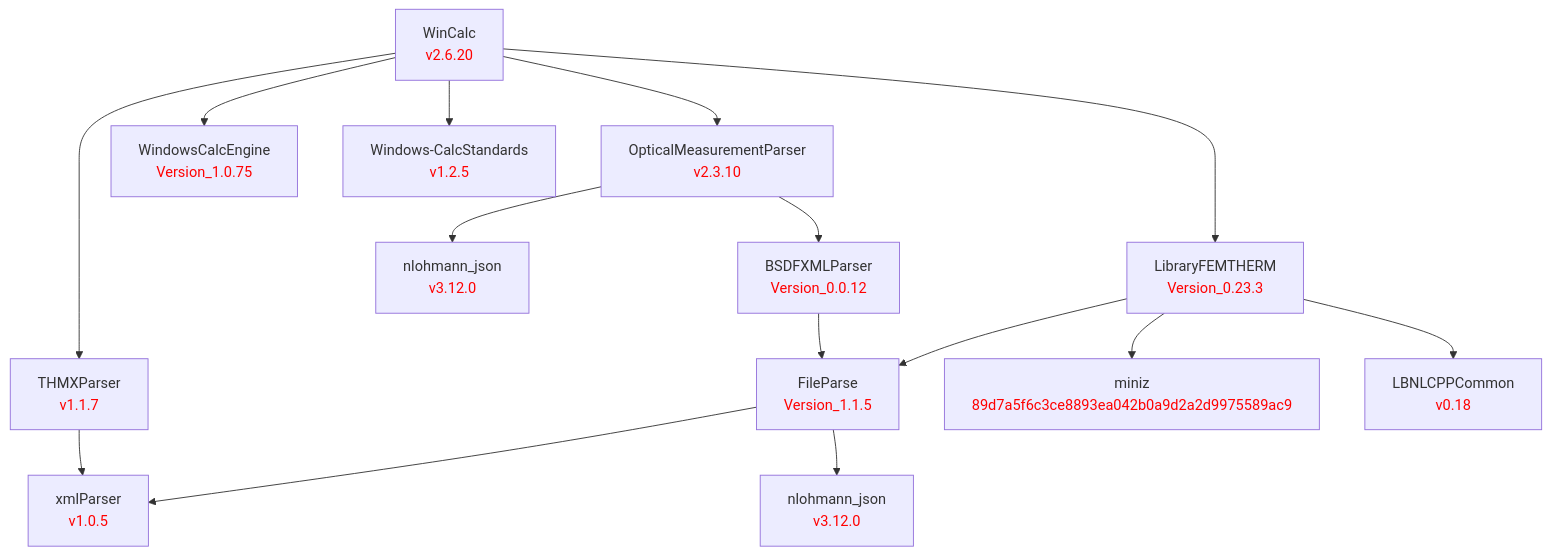
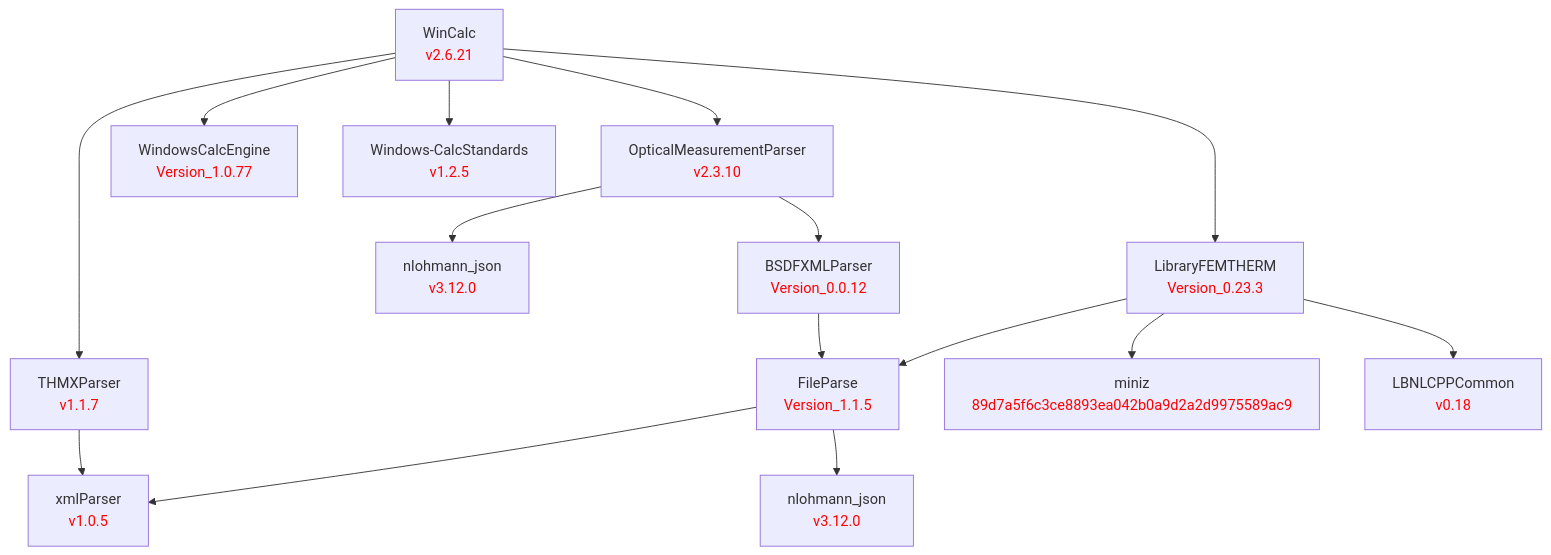
One commit to LBNL-ETA/WinCalc changed the diagram in doc/WinCalc.md. Above: the diagram before and after it, drawn with Mermaid. The commit also changed 1 other file, not shown here.

Commit message:
Bump to v2.6.21; Windows-CalcEngine Version_1.0.75 -> Version_1.0.77

````diff
--- a/doc/WinCalc.md
+++ b/doc/WinCalc.md
@@ -1,49 +1,49 @@
 ```mermaid
 graph TD
     %% Level 0
-    WinCalc[WinCalc<br/><font color='red'>v2.6.20</font>]
+    WinCalc[WinCalc<br/><font color='red'>v2.6.21</font>]
 
     %% Level 1 - direct dependencies
     OpticalMeasurementParser[OpticalMeasurementParser<br/><font color='red'>v2.3.10</font>]
     THMXParser[THMXParser<br/><font color='red'>v1.1.7</font>]
-    WindowsCalcEngine[WindowsCalcEngine<br/><font color='red'>Version_1.0.75</font>]
+    WindowsCalcEngine[WindowsCalcEngine<br/><font color='red'>Version_1.0.77</font>]
     Windows-CalcStandards[Windows-CalcStandards<br/><font color='red'>v1.2.5</font>]
     LibraryFEMTHERM[LibraryFEMTHERM<br/><font color='red'>Version_0.23.3</font>]
 
     %% Level 2
     nlohmann_omp[nlohmann_json<br/><font color='red'>v3.12.0</font>]
     BSDFXMLParser[BSDFXMLParser<br/><font color='red'>Version_0.0.12</font>]
     FileParse[FileParse<br/><font color='red'>Version_1.1.5</font>]
     miniz[miniz<br/><font color='red'>89d7a5f6c3ce8893ea042b0a9d2a2d9975589ac9</font>]
     LBNLCPPCommon[LBNLCPPCommon<br/><font color='red'>v0.18</font>]
 
     %% Level 3
     xmlParser[xmlParser<br/><font color='red'>v1.0.5</font>]
     nlohmann_fp[nlohmann_json<br/><font color='red'>v3.12.0</font>]
 
     %% WinCalc dependencies
     WinCalc --> OpticalMeasurementParser
     WinCalc --> THMXParser
     WinCalc --> WindowsCalcEngine
     WinCalc --> Windows-CalcStandards
     WinCalc --> LibraryFEMTHERM
 
     %% OpticalMeasurementParser dependencies
     OpticalMeasurementParser --> nlohmann_omp
     OpticalMeasurementParser --> BSDFXMLParser
 
     %% LibraryFEMTHERM dependencies
     LibraryFEMTHERM --> FileParse
     LibraryFEMTHERM --> miniz
     LibraryFEMTHERM --> LBNLCPPCommon
 
     %% BSDFXMLParser dependencies
     BSDFXMLParser --> FileParse
 
     %% FileParse dependencies
     FileParse --> xmlParser
     FileParse --> nlohmann_fp
 
     %% THMXParser dependencies
     THMXParser --> xmlParser
 ```
````
